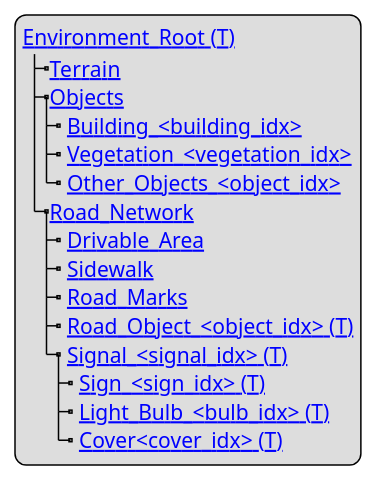
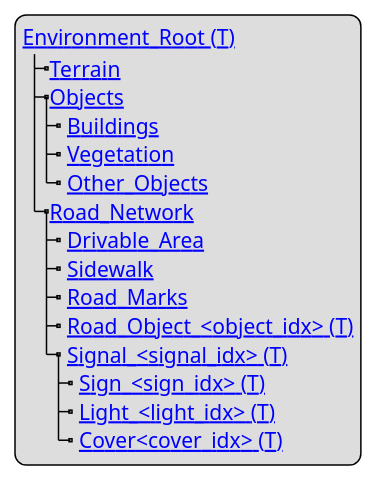
One commit to asam-ev/OpenMATERIAL changed the diagram in content/geometry/object-environment/environment-structure.adoc. Above: the diagram before and after it, drawn with PlantUML. The commit also changed other lines of this file, not shown here.

Commit message:
adapted model structure of environment: buildings, vegetation and other objects: removed indices; adapted Light category by removing light bulb (which is a possible subcategory proposed in the discussion)

```diff
--- a/content/geometry/object-environment/environment-structure.adoc
+++ b/content/geometry/object-environment/environment-structure.adoc
@@ -5,20 +5,20 @@
 [plantuml]
 ----
 legend
 [[../geometry/object-classes.html#_environment_t Environment_Root (T)]]
 |_[[../geometry/object-classes.html#_terrain_t Terrain]]
 |_[[../geometry/object-classes.html#_environment_objects_t Objects]]
-  |_ [[../geometry/object-classes.html#_building_idx Building_<building_idx>]]
-  |_ [[../geometry/object-classes.html#_vegetation_idx Vegetation_<vegetation_idx>]]
-  |_ [[../geometry/object-classes.html#_other_idx Other_Objects_<object_idx>]]
+  |_ [[../geometry/object-classes.html#_buildings Buildings]]
+  |_ [[../geometry/object-classes.html#_vegetation Vegetation]]
+  |_ [[../geometry/object-classes.html#_other_objects Other_Objects]]
 |_[[../geometry/object-classes.html#_road_network_t Road_Network]]
   |_ [[../geometry/object-classes.html#_drivable_area_t Drivable_Area]]
   |_ [[../geometry/object-classes.html#_sidewalk_t Sidewalk]]
   |_ [[../geometry/object-classes.html#_road_marks_t Road_Marks]]
   |_ [[../geometry/object-classes.html#_road_object_idx_t Road_Object_<object_idx> (T)]]
   |_ [[../geometry/object-classes.html#_signal_signal_idx_t Signal_<signal_idx> (T)]]
     |_ [[../geometry/object-classes.html#_sign_idx_t Sign_<sign_idx> (T)]]
-    |_ [[../geometry/object-classes.html#_light_bulb_idx_t Light_Bulb_<bulb_idx> (T)]]
+    |_ [[../geometry/object-classes.html#_light_idx_t Light_<light_idx> (T)]]
     |_ [[../geometry/object-classes.html#_cover_idx_t Cover<cover_idx> (T)]]
 end legend
 ----
```
